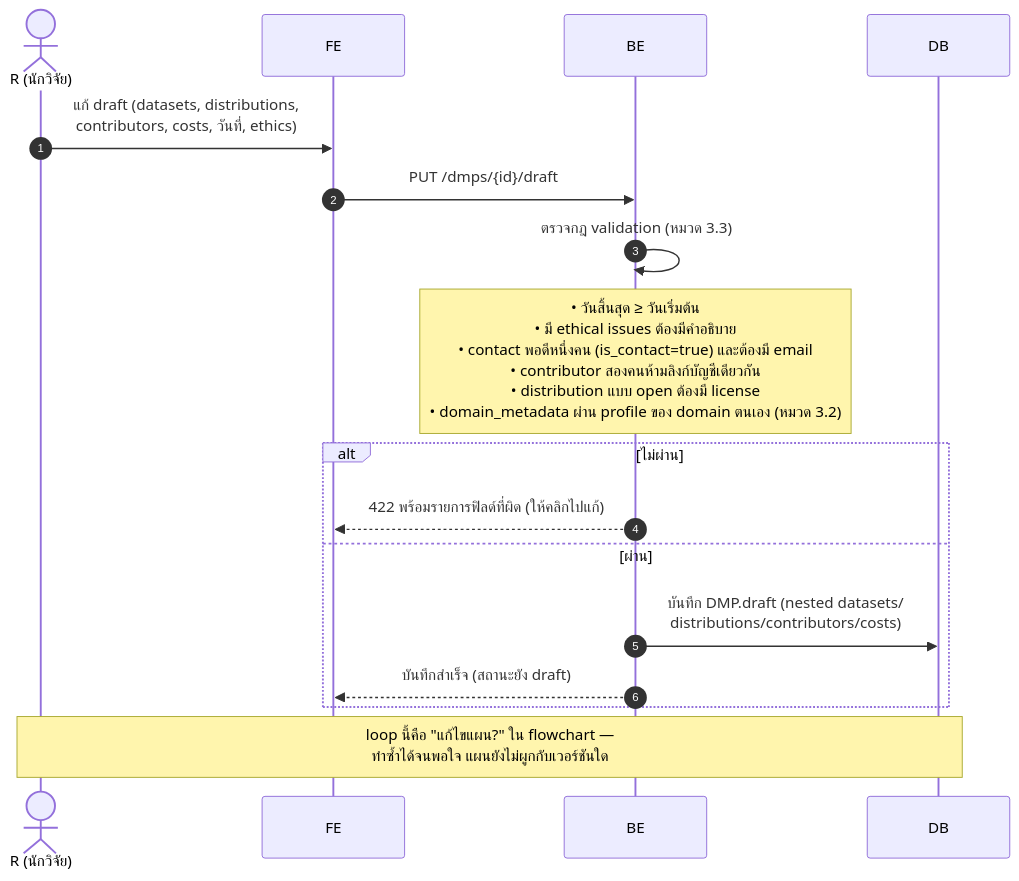
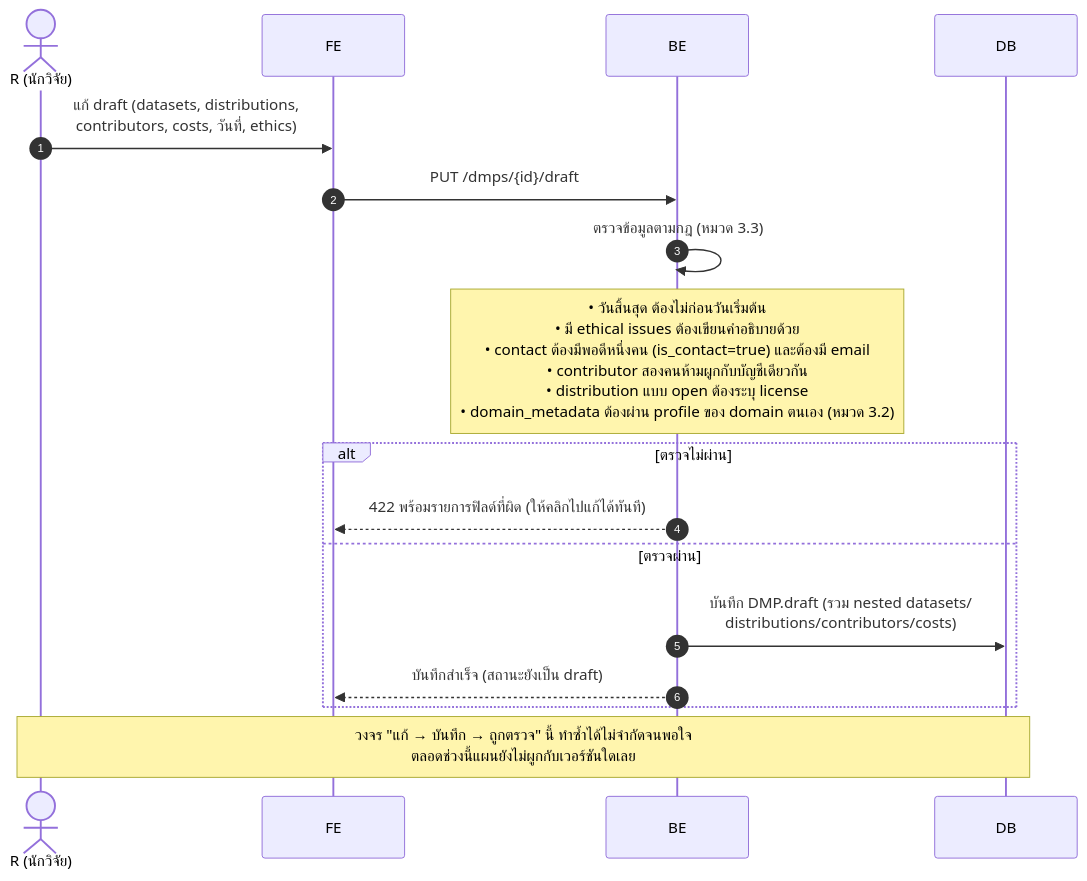
One commit to Open-Science-and-Data-management/Backend changed the fourth of 14 diagrams in docs/architecture/sequence-diagrams.md. Above: the diagram before and after it, drawn with Mermaid. The commit also changed other lines of this file and 15 other files, not shown here.

````diff
--- a/docs/architecture/sequence-diagrams.md
+++ b/docs/architecture/sequence-diagrams.md
@@ -165,20 +186,20 @@
 ```mermaid
 sequenceDiagram
     autonumber
     actor R as R (นักวิจัย)
     participant FE as FE
     participant BE as BE
     participant DB as DB
 
     R->>FE: แก้ draft (datasets, distributions,<br/>contributors, costs, วันที่, ethics)
     FE->>BE: PUT /dmps/{id}/draft
-    BE->>BE: ตรวจกฎ validation (หมวด 3.3)
-    Note over BE: • วันสิ้นสุด ≥ วันเริ่มต้น<br/>• มี ethical issues ต้องมีคำอธิบาย<br/>• contact พอดีหนึ่งคน (is_contact=true) และต้องมี email<br/>• contributor สองคนห้ามลิงก์บัญชีเดียวกัน<br/>• distribution แบบ open ต้องมี license<br/>• domain_metadata ผ่าน profile ของ domain ตนเอง (หมวด 3.2)
-    alt ไม่ผ่าน
-        BE-->>FE: 422 พร้อมรายการฟิลด์ที่ผิด (ให้คลิกไปแก้)
-    else ผ่าน
-        BE->>DB: บันทึก DMP.draft (nested datasets/<br/>distributions/contributors/costs)
-        BE-->>FE: บันทึกสำเร็จ (สถานะยัง draft)
+    BE->>BE: ตรวจข้อมูลตามกฎ (หมวด 3.3)
+    Note over BE: • วันสิ้นสุด ต้องไม่ก่อนวันเริ่มต้น<br/>• มี ethical issues ต้องเขียนคำอธิบายด้วย<br/>• contact ต้องมีพอดีหนึ่งคน (is_contact=true) และต้องมี email<br/>• contributor สองคนห้ามผูกกับบัญชีเดียวกัน<br/>• distribution แบบ open ต้องระบุ license<br/>• domain_metadata ต้องผ่าน profile ของ domain ตนเอง (หมวด 3.2)
+    alt ตรวจไม่ผ่าน
+        BE-->>FE: 422 พร้อมรายการฟิลด์ที่ผิด (ให้คลิกไปแก้ได้ทันที)
+    else ตรวจผ่าน
+        BE->>DB: บันทึก DMP.draft (รวม nested datasets/<br/>distributions/contributors/costs)
+        BE-->>FE: บันทึกสำเร็จ (สถานะยังเป็น draft)
     end
-    Note over R,DB: loop นี้คือ "แก้ไขแผน?" ใน flowchart —<br/>ทำซ้ำได้จนพอใจ แผนยังไม่ผูกกับเวอร์ชันใด
+    Note over R,DB: วงจร "แก้ → บันทึก → ถูกตรวจ" นี้ ทำซ้ำได้ไม่จำกัดจนพอใจ<br/>ตลอดช่วงนี้แผนยังไม่ผูกกับเวอร์ชันใดเลย
 ```
````
